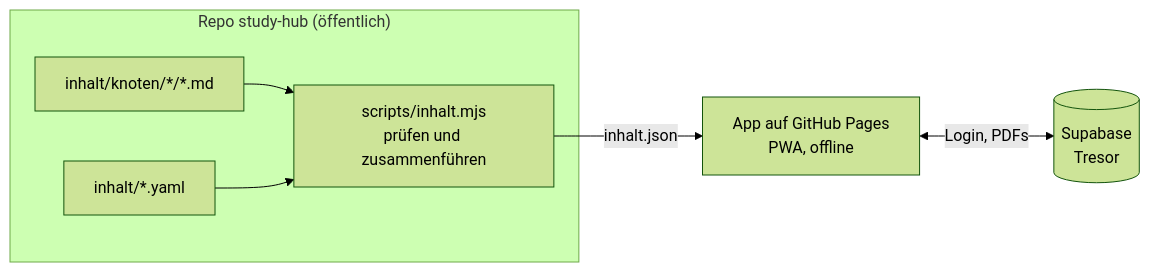
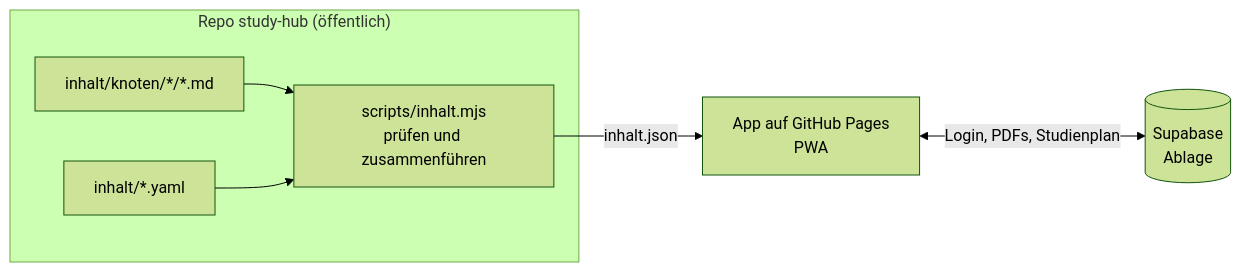
One commit to simonbruder-hub/study-hub changed the first of 3 diagrams in docs/ARCHITEKTUR.md. Above: the diagram before and after it, drawn with Mermaid (forest theme). The commit also changed other lines of this file and 5 other files, not shown here.

First line of the commit message:
Aufgabe 2: Doku zur Ablage und Einrichtung von Supabase

````diff
--- a/docs/ARCHITEKTUR.md
+++ b/docs/ARCHITEKTUR.md
@@ -14,9 +14,9 @@
 ```mermaid
 flowchart LR
   subgraph repo["Repo study-hub (öffentlich)"]
     knoten["inhalt/knoten/*/*.md"] --> pruefung["scripts/inhalt.mjs<br/>prüfen und zusammenführen"]
     register["inhalt/*.yaml"] --> pruefung
   end
-  pruefung -->|inhalt.json| app["App auf GitHub Pages<br/>PWA, offline"]
-  app <-->|Login, PDFs| tresor[("Supabase<br/>Tresor")]
+  pruefung -->|inhalt.json| app["App auf GitHub Pages<br/>PWA"]
+  app <-->|Login, PDFs, Studienplan| ablage[("Supabase<br/>Ablage")]
 ```
````
